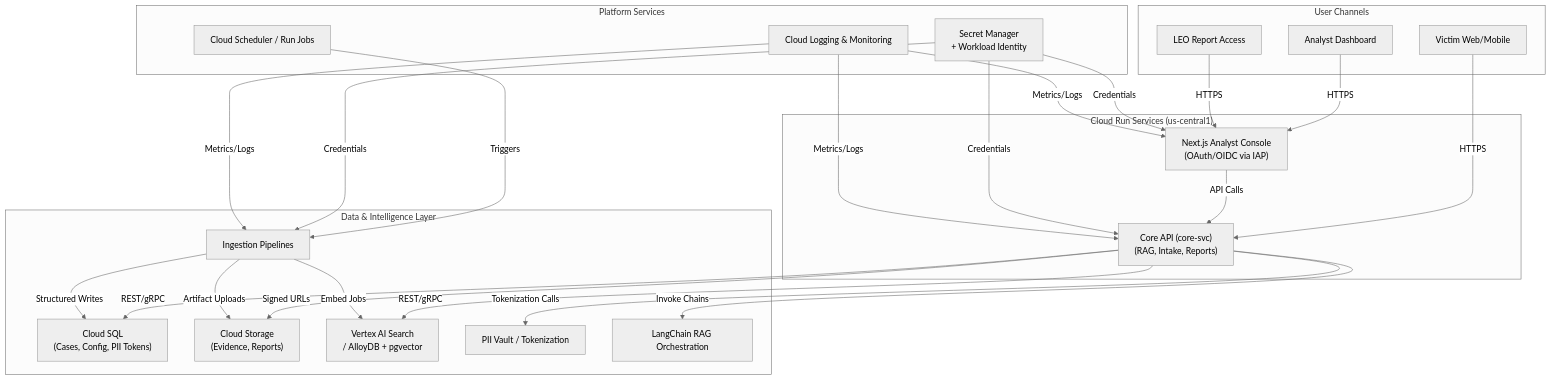
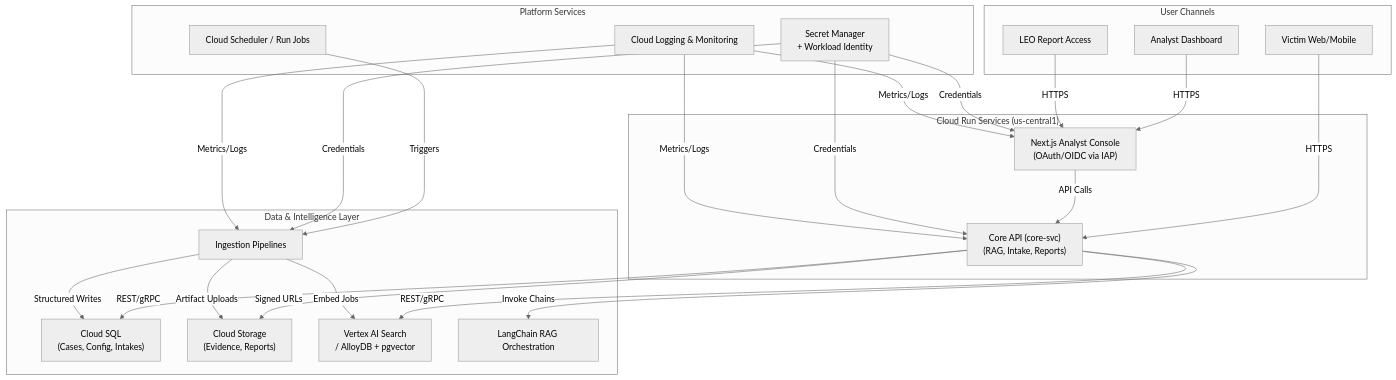
One commit to intelligenceforgood/core changed the first of 3 diagrams in docs/design/architecture.md. Above: the diagram before and after it, drawn with Mermaid (neutral theme). The commit also changed other lines of this file and 22 other files, not shown here.

````diff
--- a/docs/design/architecture.md
+++ b/docs/design/architecture.md
@@ -68,52 +68,50 @@
 ```mermaid
 flowchart TB
   subgraph Users["User Channels"]
     Victim[Victim Web/Mobile]
     Analyst[Analyst Dashboard]
     LEO[LEO Report Access]
   end
 
   subgraph CloudRun["Cloud Run Services (us-central1)"]
     CoreSvc["Core API (core-svc)<br>(RAG, Intake, Reports)"]
     NextJS["Next.js Analyst Console<br>(OAuth/OIDC via IAP)"]
   end
 
   subgraph DataLayer["Data & Intelligence Layer"]
-    CloudSQL["Cloud SQL<br>(Cases, Config, PII Tokens)"]
+    CloudSQL["Cloud SQL<br>(Cases, Config, Intakes)"]
     Storage["Cloud Storage<br>(Evidence, Reports)"]
     Vector[Vertex AI Search<br>/ AlloyDB + pgvector]
-    TokenVault[PII Vault / Tokenization]
     IngestionPipelines[Ingestion Pipelines]
     RAG[LangChain RAG Orchestration]
   end
 
   subgraph Ops["Platform Services"]
     Scheduler[Cloud Scheduler / Run Jobs]
     Secrets[Secret Manager<br> + Workload Identity]
     Telemetry[Cloud Logging & Monitoring]
   end
 
   Victim -- HTTPS --> CoreSvc
   Analyst -- HTTPS --> NextJS
   LEO -- HTTPS --> NextJS
 
   CoreSvc -- REST/gRPC --> CloudSQL
   CoreSvc -- REST/gRPC --> Vector
   CoreSvc -- Signed URLs --> Storage
-  CoreSvc -- Tokenization Calls --> TokenVault
   CoreSvc -- Invoke Chains --> RAG
 
   NextJS -- API Calls --> CoreSvc
 
   IngestionPipelines -- Structured Writes --> CloudSQL
   IngestionPipelines -- Artifact Uploads --> Storage
   IngestionPipelines -- Embed Jobs --> Vector
 
   Scheduler -- Triggers --> IngestionPipelines
   Secrets -- Credentials --> CoreSvc
   Secrets -- Credentials --> NextJS
   Secrets -- Credentials --> IngestionPipelines
   Telemetry -- Metrics/Logs --> CoreSvc
   Telemetry -- Metrics/Logs --> NextJS
   Telemetry -- Metrics/Logs --> IngestionPipelines
 ```
````
